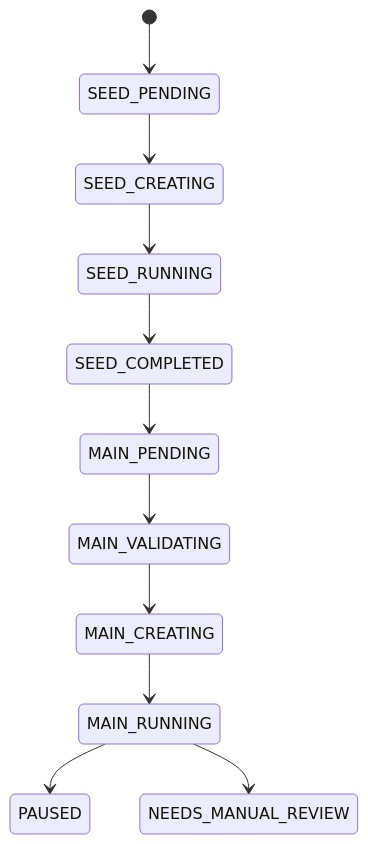
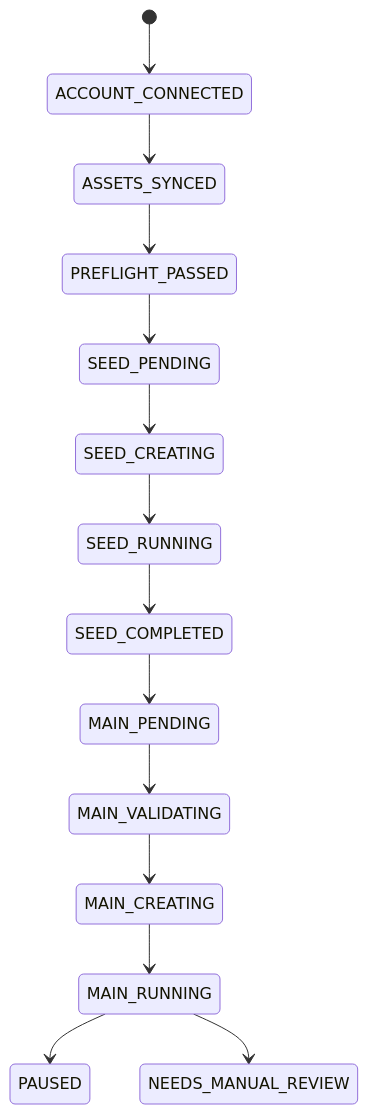
Before and after one commit to 269HienNgoc/multi-platform-ads-analytics: the diagram in docs/architecture/campaign-automation.md, drawn with Mermaid. The commit also changed other lines of this file and 43 other files, not shown here.

````diff
--- a/docs/architecture/campaign-automation.md
+++ b/docs/architecture/campaign-automation.md
@@ -5,13 +5,16 @@
 ```mermaid
 stateDiagram-v2
-    [*] --> SEED_PENDING
+    [*] --> ACCOUNT_CONNECTED
+    ACCOUNT_CONNECTED --> ASSETS_SYNCED
+    ASSETS_SYNCED --> PREFLIGHT_PASSED
+    PREFLIGHT_PASSED --> SEED_PENDING
     SEED_PENDING --> SEED_CREATING
     SEED_CREATING --> SEED_RUNNING
     SEED_RUNNING --> SEED_COMPLETED
     SEED_COMPLETED --> MAIN_PENDING
     MAIN_PENDING --> MAIN_VALIDATING
     MAIN_VALIDATING --> MAIN_CREATING
     MAIN_CREATING --> MAIN_RUNNING
     MAIN_RUNNING --> PAUSED
     MAIN_RUNNING --> NEEDS_MANUAL_REVIEW
 ```
````
